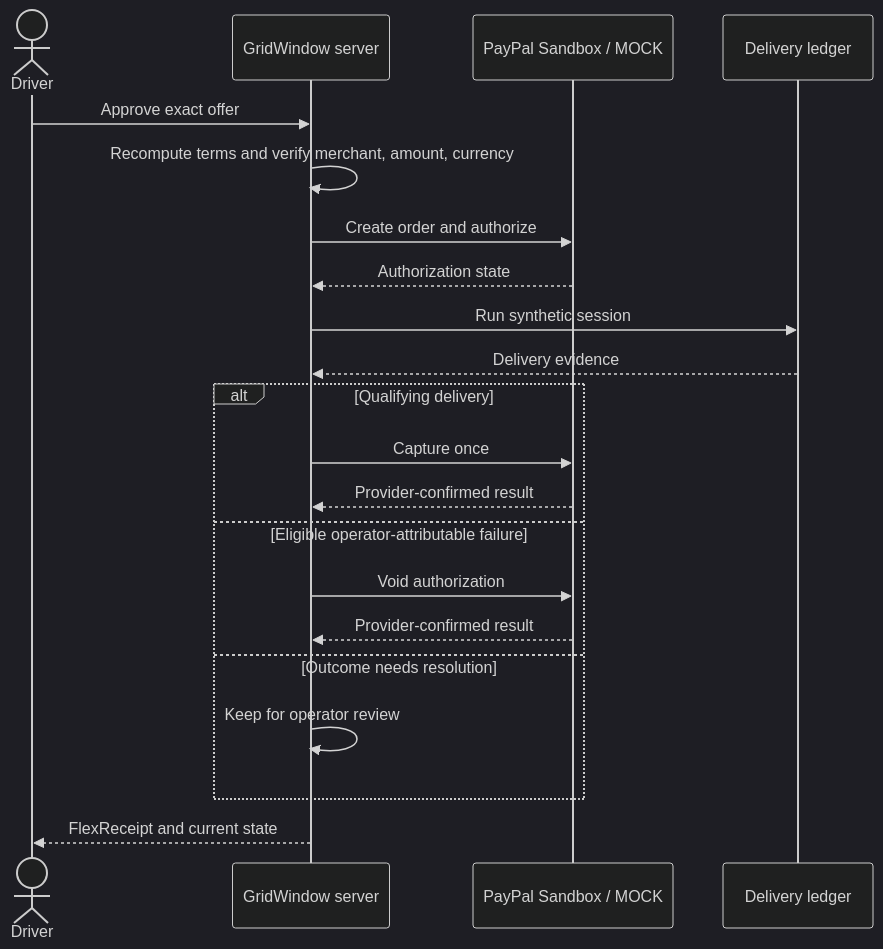
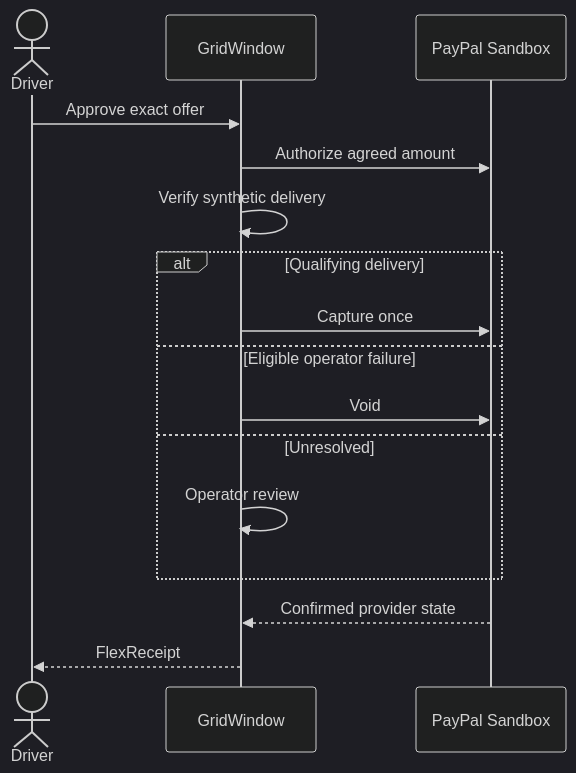
The first of 5 diagrams in README.md (piyusha-sayal/gridwindow-flexpay), drawn with Mermaid (dark theme) before and after one commit. The commit also changed other lines of this file, not shown here.

````diff
--- a/README.md
+++ b/README.md
@@ -286,23 +200,18 @@
 ```mermaid
 sequenceDiagram
-    actor Driver
-    participant App as GridWindow server
-    participant Gateway as PayPal Sandbox / MOCK
-    participant Ledger as Delivery ledger
-    Driver->>App: Approve exact offer
-    App->>App: Recompute terms and verify merchant, amount, currency
-    App->>Gateway: Create order and authorize
-    Gateway-->>App: Authorization state
-    App->>Ledger: Run synthetic session
-    Ledger-->>App: Delivery evidence
-    alt Qualifying delivery
-        App->>Gateway: Capture once
-        Gateway-->>App: Provider-confirmed result
-    else Eligible operator-attributable failure
-        App->>Gateway: Void authorization
-        Gateway-->>App: Provider-confirmed result
-    else Outcome needs resolution
-        App->>App: Keep for operator review
-    end
-    App-->>Driver: FlexReceipt and current state
+  actor Driver
+  participant GW as GridWindow
+  participant PP as PayPal Sandbox
+  Driver->>GW: Approve exact offer
+  GW->>PP: Authorize agreed amount
+  GW->>GW: Verify synthetic delivery
+  alt Qualifying delivery
+    GW->>PP: Capture once
+  else Eligible operator failure
+    GW->>PP: Void
+  else Unresolved
+    GW->>GW: Operator review
+  end
+  PP-->>GW: Confirmed provider state
+  GW-->>Driver: FlexReceipt
 ```
````
